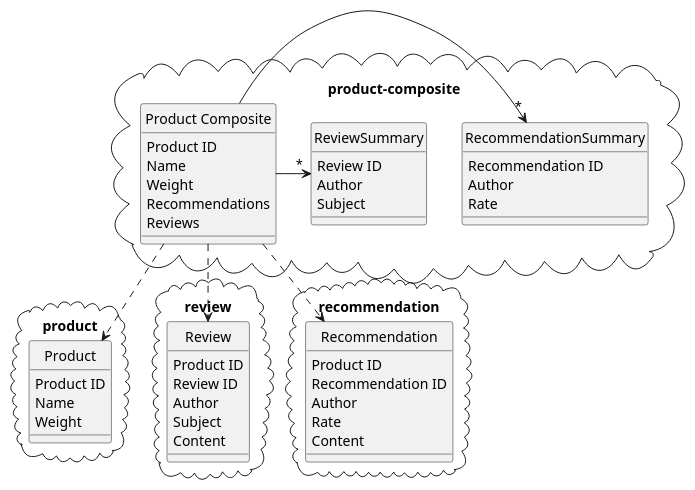
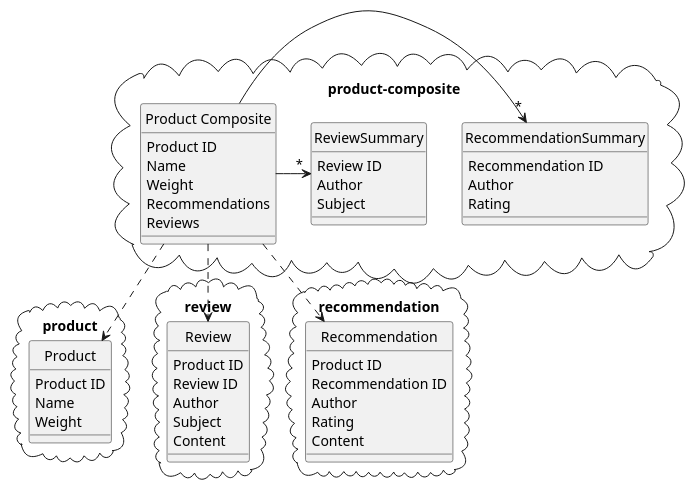
The diagram in docs/spring-boot/microservices-with-spring-boot-3-and-spring-cloud/03-creating-a-set-of-cooperating-microservices.md (teddyprogramming/teddyprogramming.github.io), drawn with PlantUML before and after one commit. The commit also changed other lines of this file, not shown here.

````diff
--- a/docs/spring-boot/microservices-with-spring-boot-3-and-spring-cloud/03-creating-a-set-of-cooperating-microservices.md
+++ b/docs/spring-boot/microservices-with-spring-boot-3-and-spring-cloud/03-creating-a-set-of-cooperating-microservices.md
@@ -3,58 +3,58 @@
 ```plantuml
 hide circle
 
 cloud "product-composite"{
     class "Product Composite" as pc {
         Product ID
         Name
         Weight
         Recommendations
         Reviews
     }
     class RecommendationSummary {
         Recommendation ID
         Author
-        Rate
+        Rating
     }
 
     class ReviewSummary {
         Review ID
         Author
         Subject
     }
     pc ->"*" RecommendationSummary
     pc ->"*" ReviewSummary
 }
 
 cloud "product" {
     class "Product" as p {
         Product ID
         Name
         Weight
     }
 }
 
 cloud "review" {
     class "Review" as r {
         Product ID
         Review ID
         Author
         Subject
         Content
     }
 }
 
 cloud "recommendation" {
     class "Recommendation" as rcd {
         Product ID
         Recommendation ID
         Author
-        Rate
+        Rating
         Content
     }
 }
 
 pc ..> p
 pc ..> r
 pc ..> rcd
 ```
````
